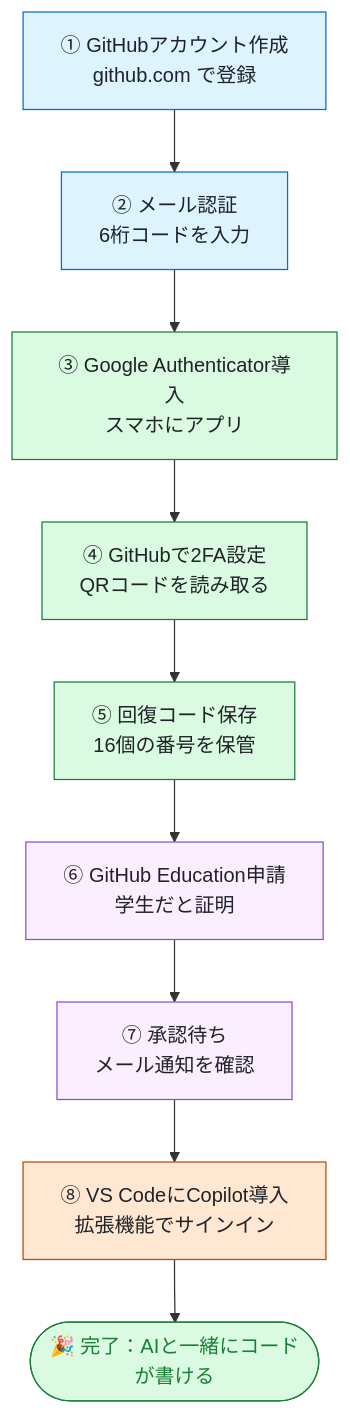
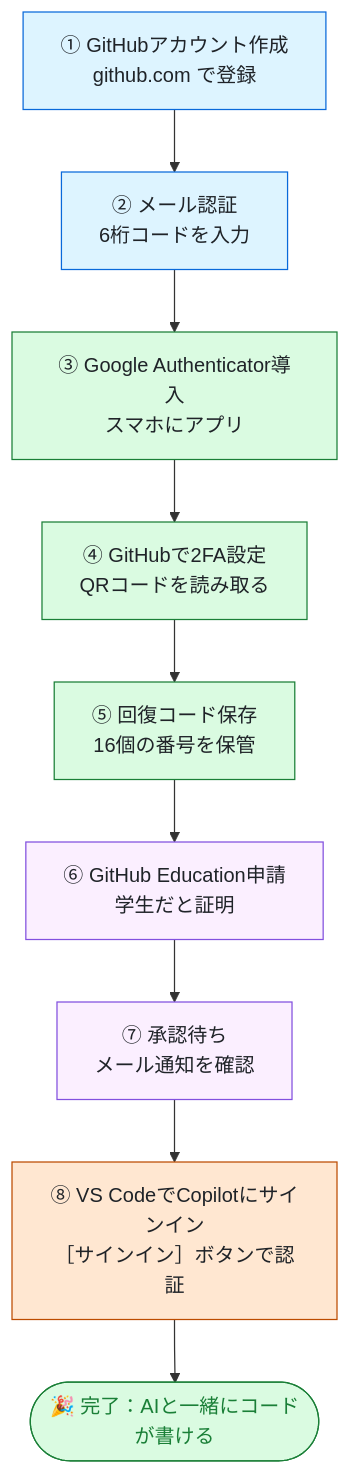
The first of 5 diagrams in GitHub設定ガイド（学生・教師用）.md (kawaba/Autosetup-Vscode-python-book), drawn with Mermaid before and after one commit. The commit also changed other lines of this file and 3 other files, not shown here.

````diff
--- a/GitHub設定ガイド（学生・教師用）.md
+++ b/GitHub設定ガイド（学生・教師用）.md
@@ -21,22 +21,22 @@
 ```mermaid
 flowchart TD
     A1["① GitHubアカウント作成<br/>github.com で登録"] --> A2["② メール認証<br/>6桁コードを入力"]
     A2 --> B3["③ Google Authenticator導入<br/>スマホにアプリ"]
     B3 --> B4["④ GitHubで2FA設定<br/>QRコードを読み取る"]
     B4 --> B5["⑤ 回復コード保存<br/>16個の番号を保管"]
     B5 --> C6["⑥ GitHub Education申請<br/>学生だと証明"]
     C6 --> C7["⑦ 承認待ち<br/>メール通知を確認"]
-    C7 --> D8["⑧ VS CodeにCopilot導入<br/>拡張機能でサインイン"]
+    C7 --> D8["⑧ VS CodeでCopilotにサインイン<br/>［サインイン］ボタンで認証"]
     D8 --> G(["🎉 完了：AIと一緒にコードが書ける"])
 
     classDef acc fill:#ddf4ff,stroke:#0969da,color:#1f2328;
     classDef sec fill:#dafbe1,stroke:#1a7f37,color:#1f2328;
     classDef edu fill:#fbefff,stroke:#8250df,color:#1f2328;
     classDef dev fill:#ffe7d1,stroke:#bc4c00,color:#1f2328;
     classDef goal fill:#dafbe1,stroke:#1a7f37,color:#1a7f37;
     class A1,A2 acc;
     class B3,B4,B5 sec;
     class C6,C7 edu;
     class D8 dev;
     class G goal;
 ```
````
